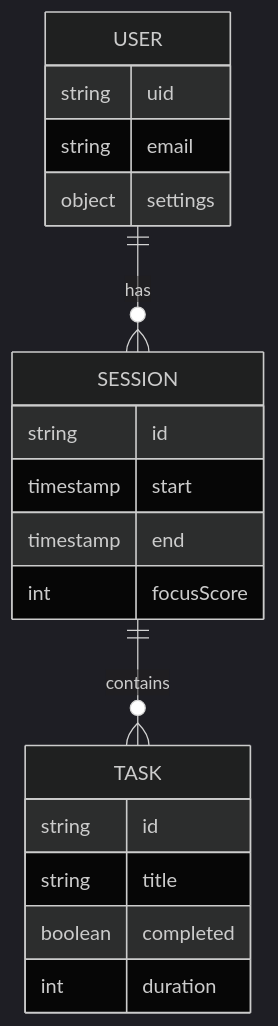
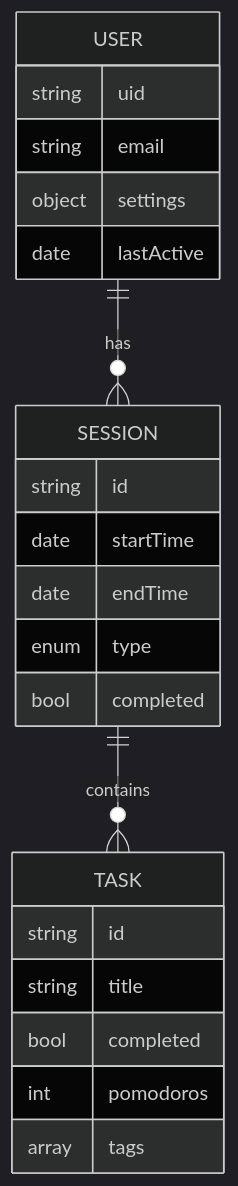
One commit to nabz0r/focus-flow-extension changed the third of 4 diagrams in README.md. Above: the diagram before and after it, drawn with Mermaid (dark theme). The commit also changed other lines of this file, not shown here.

Commit message:
docs: Mise à jour README avec Firebase et nouvelle architecture

````diff
--- a/README.md
+++ b/README.md
@@ -38,22 +90,25 @@
 ```mermaid
 erDiagram
     USER ||--o{ SESSION : has
     USER {
         string uid
         string email
         object settings
+        date lastActive
     }
     SESSION ||--o{ TASK : contains
     SESSION {
         string id
-        timestamp start
-        timestamp end
-        int focusScore
+        date startTime
+        date endTime
+        enum type
+        bool completed
     }
     TASK {
         string id
         string title
-        boolean completed
-        int duration
+        bool completed
+        int pomodoros
+        array tags
     }
 ```
````
